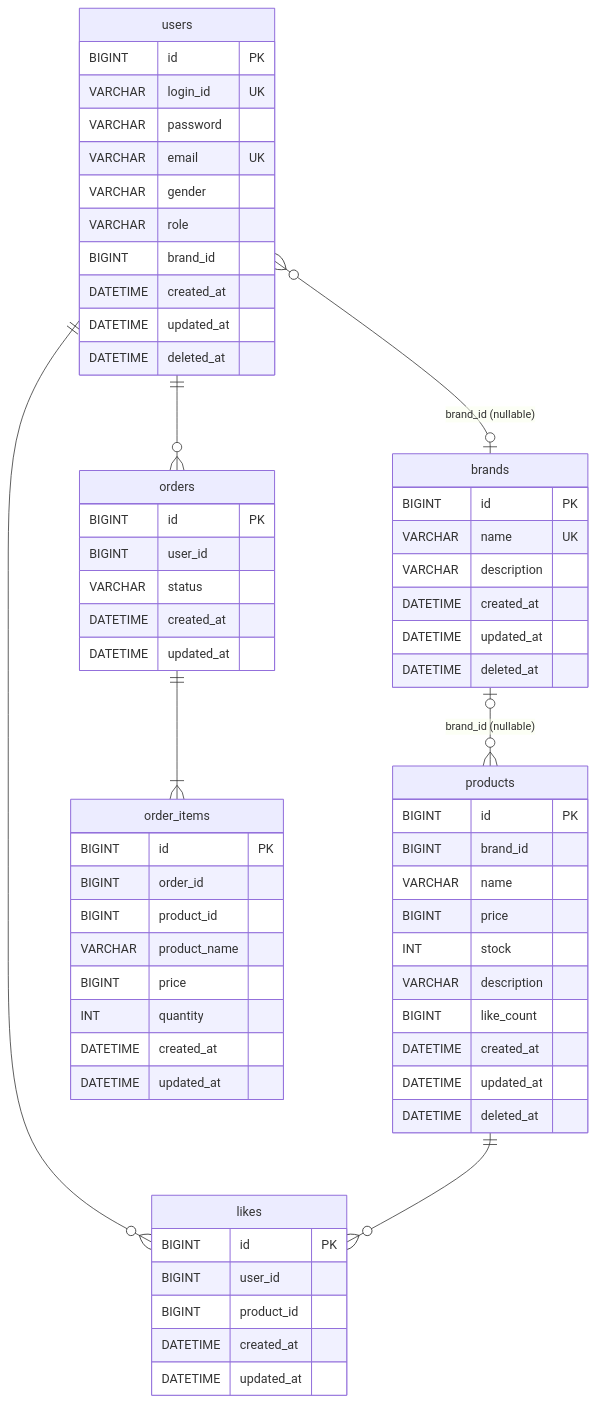
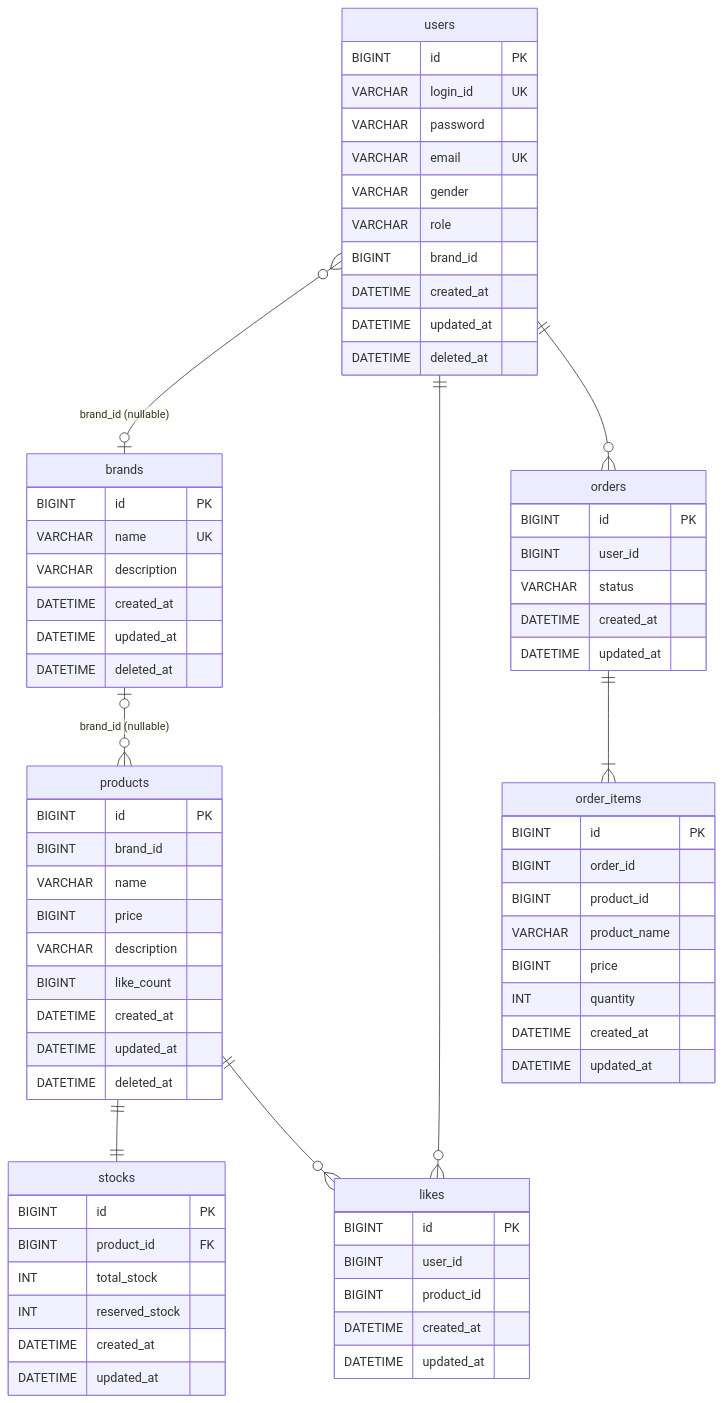
Before and after one commit to loopers-labs/loop-pack-be-l2-vol4-java: the diagram in .docs/design/04-erd.md, drawn with Mermaid. The commit also changed other lines of this file and 4 other files, not shown here.

````diff
--- a/.docs/design/04-erd.md
+++ b/.docs/design/04-erd.md
@@ -5,71 +5,80 @@
 ```mermaid
 erDiagram
     users {
         BIGINT id PK
         VARCHAR login_id UK
         VARCHAR password
         VARCHAR email UK
         VARCHAR gender
         VARCHAR role
         BIGINT brand_id
         DATETIME created_at
         DATETIME updated_at
         DATETIME deleted_at
     }
 
     brands {
         BIGINT id PK
         VARCHAR name UK
         VARCHAR description
         DATETIME created_at
         DATETIME updated_at
         DATETIME deleted_at
     }
 
     products {
         BIGINT id PK
         BIGINT brand_id
         VARCHAR name
         BIGINT price
-        INT stock
         VARCHAR description
         BIGINT like_count
         DATETIME created_at
         DATETIME updated_at
         DATETIME deleted_at
+    }
+
+    stocks {
+        BIGINT id PK
+        BIGINT product_id FK
+        INT total_stock
+        INT reserved_stock
+        DATETIME created_at
+        DATETIME updated_at
     }
 
     likes {
         BIGINT id PK
         BIGINT user_id
         BIGINT product_id
         DATETIME created_at
         DATETIME updated_at
     }
 
     orders {
         BIGINT id PK
         BIGINT user_id
         VARCHAR status
         DATETIME created_at
         DATETIME updated_at
     }
 
     order_items {
         BIGINT id PK
         BIGINT order_id
         BIGINT product_id
         VARCHAR product_name
         BIGINT price
         INT quantity
         DATETIME created_at
         DATETIME updated_at
     }
 
     users }o--o| brands : "brand_id (nullable)"
     users ||--o{ likes : ""
     users ||--o{ orders : ""
     brands |o--o{ products : "brand_id (nullable)"
+    products ||--|| stocks : ""
     products ||--o{ likes : ""
     orders ||--|{ order_items : ""
 ```
````
